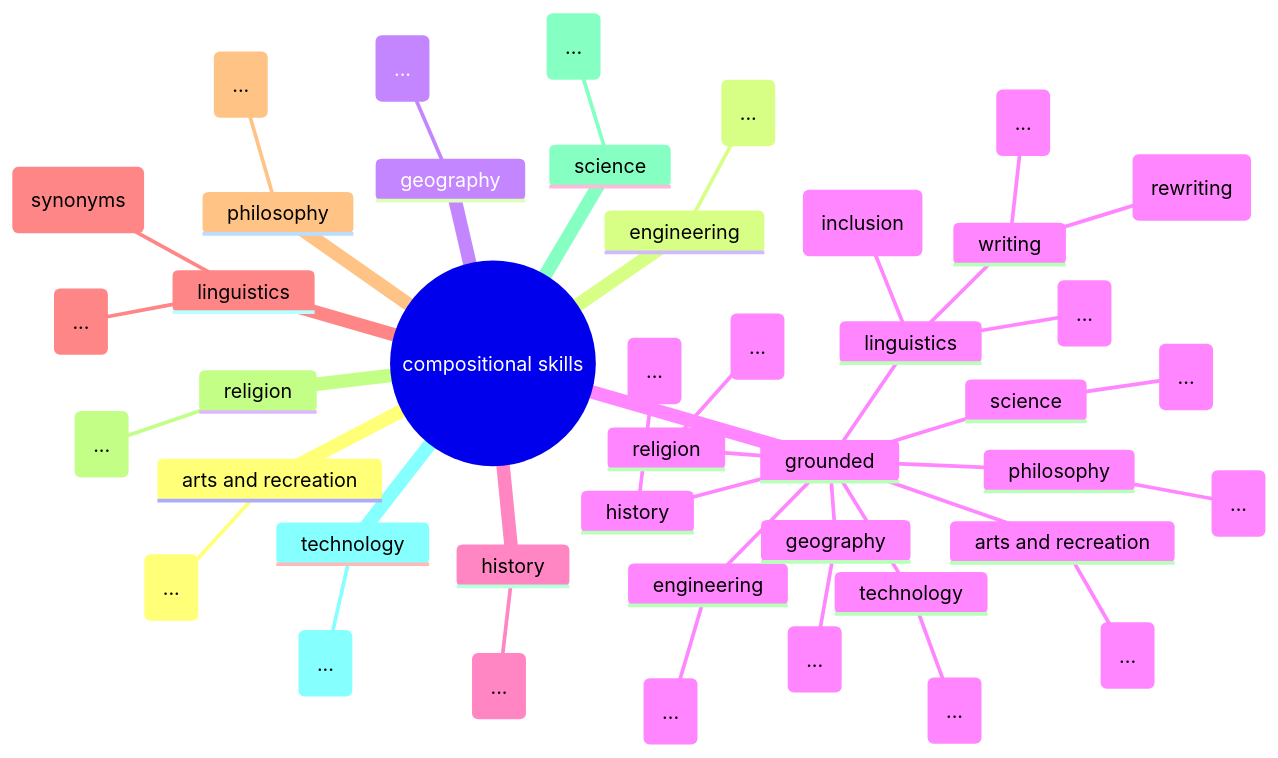
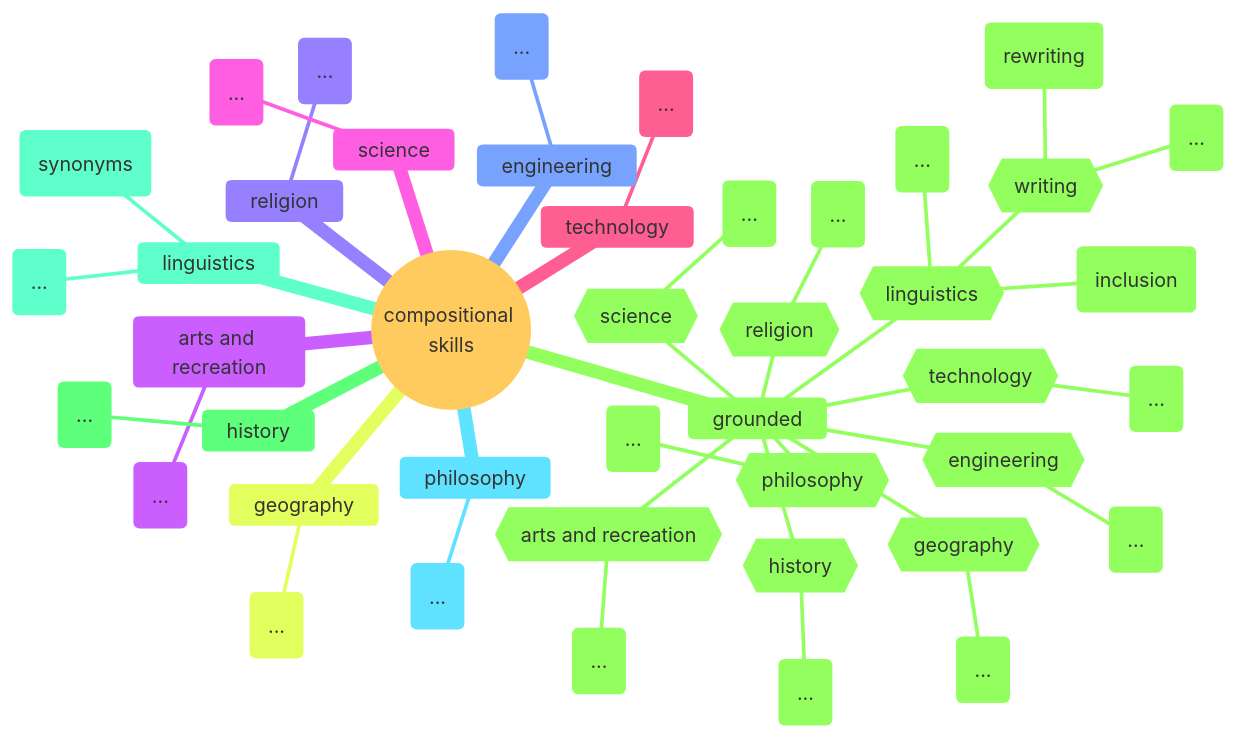
One commit to nimbinatus/taxonomy changed the third of 8 diagrams in docs/full_taxonomy.md. Above: the diagram before and after it, drawn with Mermaid. The commit also changed other lines of this file, not shown here.

Commit message:
style(mermaid): clean up diagrams

````diff
--- a/docs/full_taxonomy.md
+++ b/docs/full_taxonomy.md
@@ -43,46 +56,54 @@
 ```mermaid
+---
+title: Compositional Skills
+config:
+    theme: base
+    mindmap:
+        maxNodeWidth: 100
+    fontSize: 8
+---
 mindmap
     root((compositional skills))
         arts and recreation
             id(...)
         engineering
             id(...)
         geography
             id(...)
         grounded
-            arts and recreation
+            id{{arts and recreation}}
                 id(...)
-            engineering
+            id{{engineering}}
                 id(...)
-            geography
+            id{{geography}}
                 id(...)
-            history
+            id{{history}}
                 id(...)
-            linguistics
+            id{{linguistics}}
                 id(inclusion)
                 id(...)
-                writing
+                id{{writing}}
                     id(rewriting)
                     id(...)
-            philosophy
+            id{{philosophy}}
                 id(...)
-            religion
+            id{{religion}}
                 id(...)
-            science
+            id{{science}}
                 id(...)
-            technology
+            id{{technology}}
                 id(...)
         history
             id(...)
         linguistics
             id(synonyms)
             id(...)
         philosophy
             id(...)
         religion
             id(...)
         science
             id(...)
         technology
             id(...)
 ```
````
